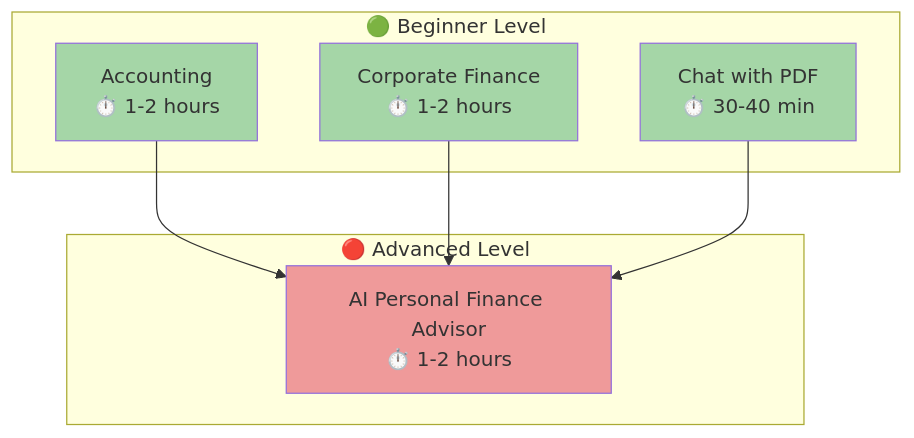
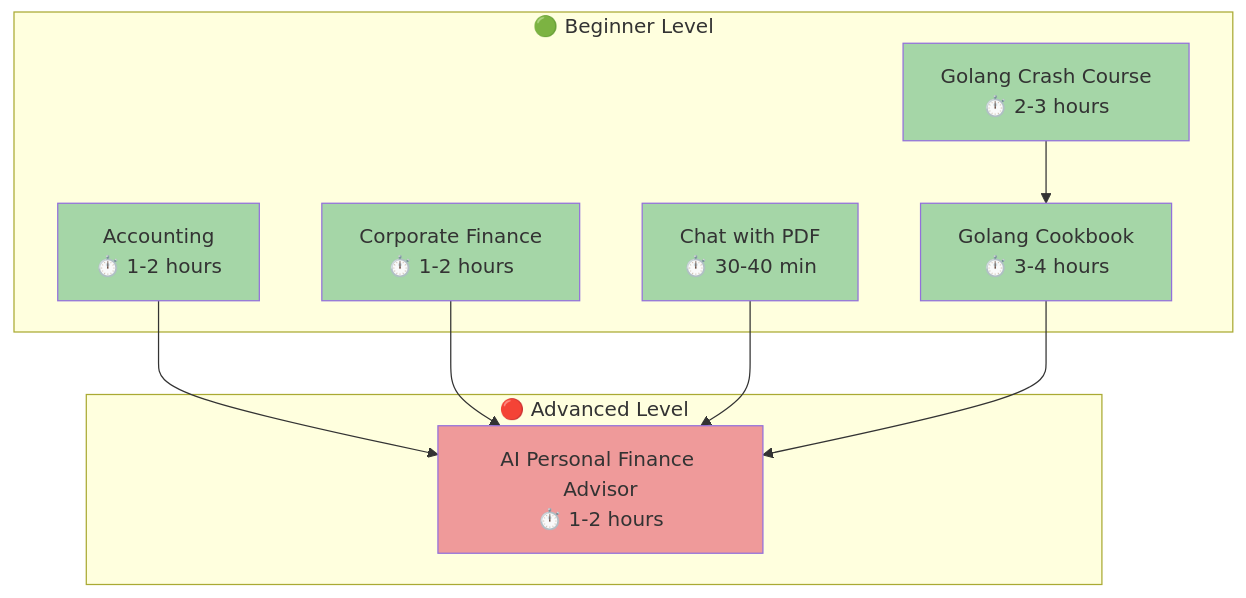
Before and after one commit to wahidyankf/open-sharia-enterprise: the first of 5 diagrams in docs/tutorials/README.md, drawn with Mermaid. The commit also changed other lines of this file, not shown here.

First line of the commit message:
docs(tutorials): add golang tutorials and convert paths to mermaid

````diff
--- a/docs/tutorials/README.md
+++ b/docs/tutorials/README.md
@@ -19,24 +19,30 @@
 ```mermaid
 graph TB
 	subgraph "🟢 Beginner Level"
 		A[Accounting<br/>⏱️ 1-2 hours]
 		B[Corporate Finance<br/>⏱️ 1-2 hours]
 		C[Chat with PDF<br/>⏱️ 30-40 min]
+		E[Golang Crash Course<br/>⏱️ 2-3 hours]
+		F[Golang Cookbook<br/>⏱️ 3-4 hours]
 	end
 
 	subgraph "🔴 Advanced Level"
 		D[AI Personal Finance Advisor<br/>⏱️ 1-2 hours]
 	end
 
 	A --> D
 	B --> D
 	C --> D
+	E --> F
+	F --> D
 
 	style A fill:#a5d6a7
 	style B fill:#a5d6a7
 	style C fill:#a5d6a7
+	style E fill:#a5d6a7
+	style F fill:#a5d6a7
 	style D fill:#ef9a9a
 
 	classDef beginner fill:#a5d6a7,stroke:#4caf50,stroke-width:2px
 	classDef advanced fill:#ef9a9a,stroke:#e53935,stroke-width:2px
 ```
````
